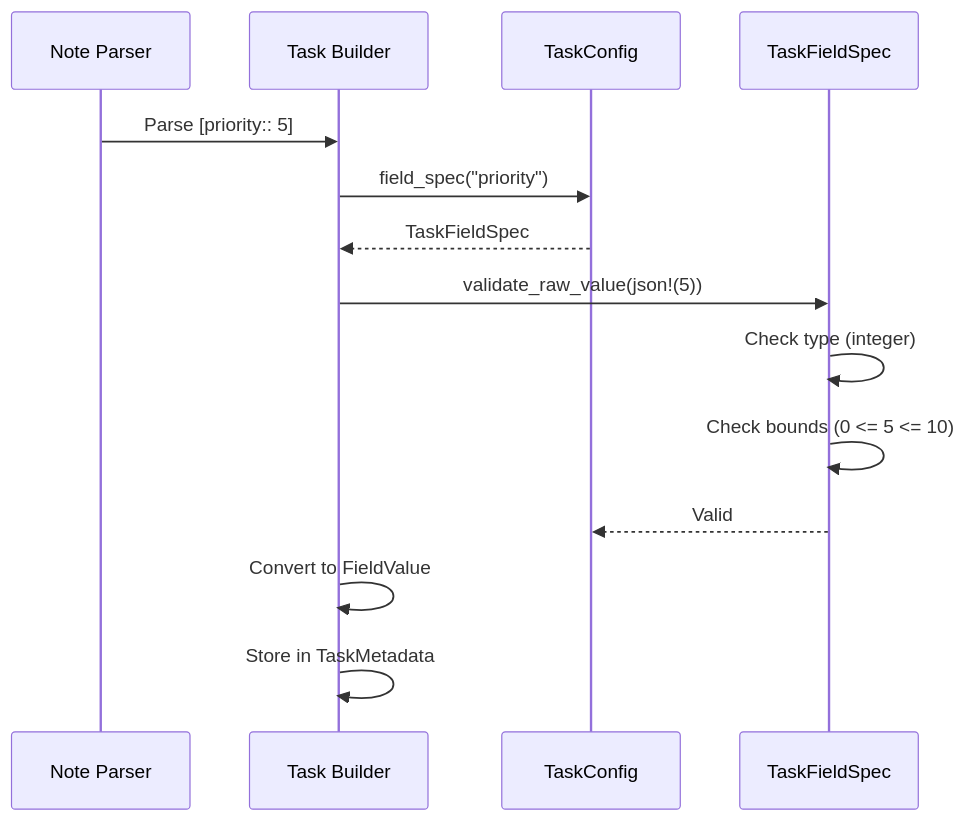
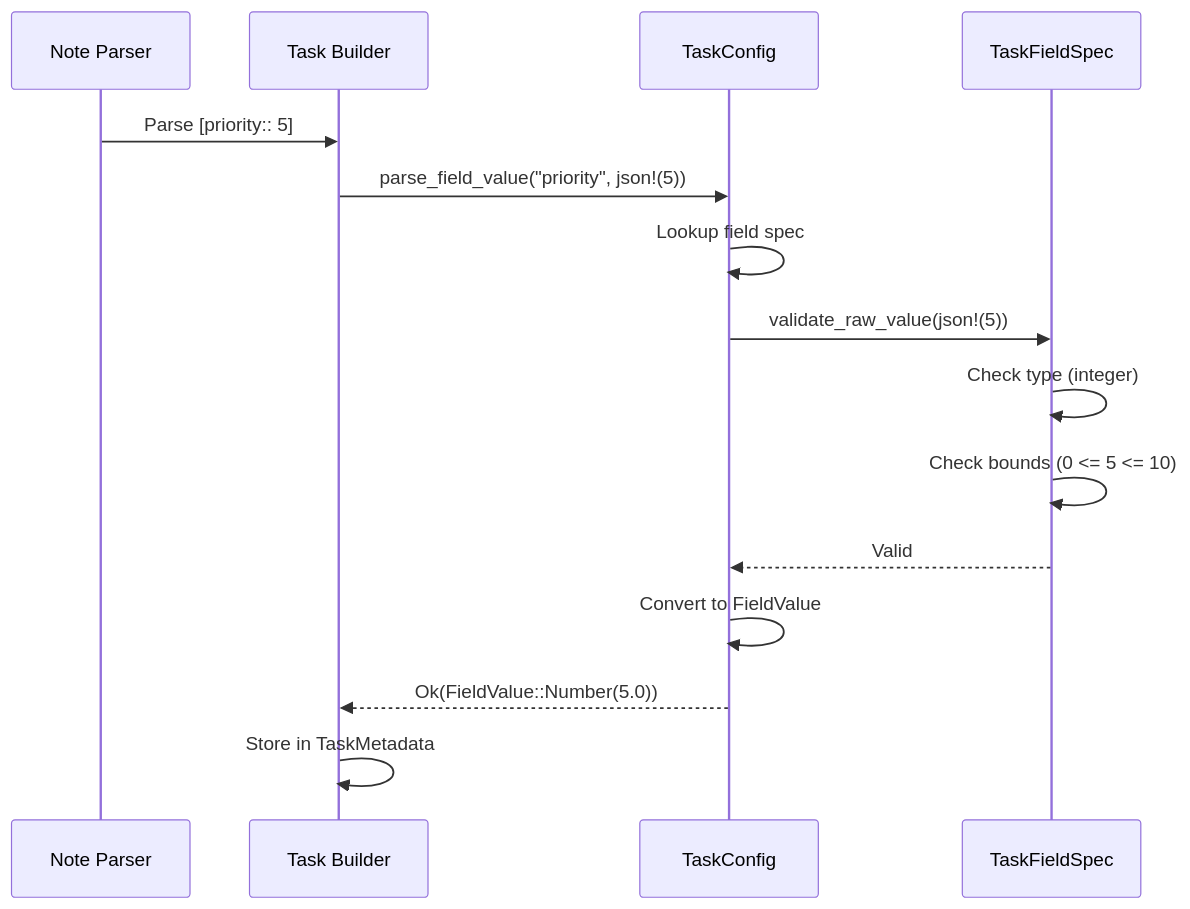
One commit to JackMatanky/lithos changed the third of 3 diagrams in docs/design/003-config-task.md. Above: the diagram before and after it, drawn with Mermaid. The commit also changed other lines of this file and 14 other files, not shown here.

````diff
--- a/docs/design/003-config-task.md
+++ b/docs/design/003-config-task.md
@@ -772,17 +768,18 @@
 ```mermaid
 sequenceDiagram
     participant Parser as Note Parser
     participant Task as Task Builder
     participant Config as TaskConfig
     participant Spec as TaskFieldSpec
 
     Parser->>Task: Parse [priority:: 5]
-    Task->>Config: field_spec("priority")
-    Config-->>Task: TaskFieldSpec
-    Task->>Spec: validate_raw_value(json!(5))
+    Task->>Config: parse_field_value("priority", json!(5))
+    Config->>Config: Lookup field spec
+    Config->>Spec: validate_raw_value(json!(5))
     Spec->>Spec: Check type (integer)
     Spec->>Spec: Check bounds (0 <= 5 <= 10)
     Spec-->>Config: Valid
-    Task->>Task: Convert to FieldValue
+    Config->>Config: Convert to FieldValue
+    Config-->>Task: Ok(FieldValue::Number(5.0))
     Task->>Task: Store in TaskMetadata
 ```
````
